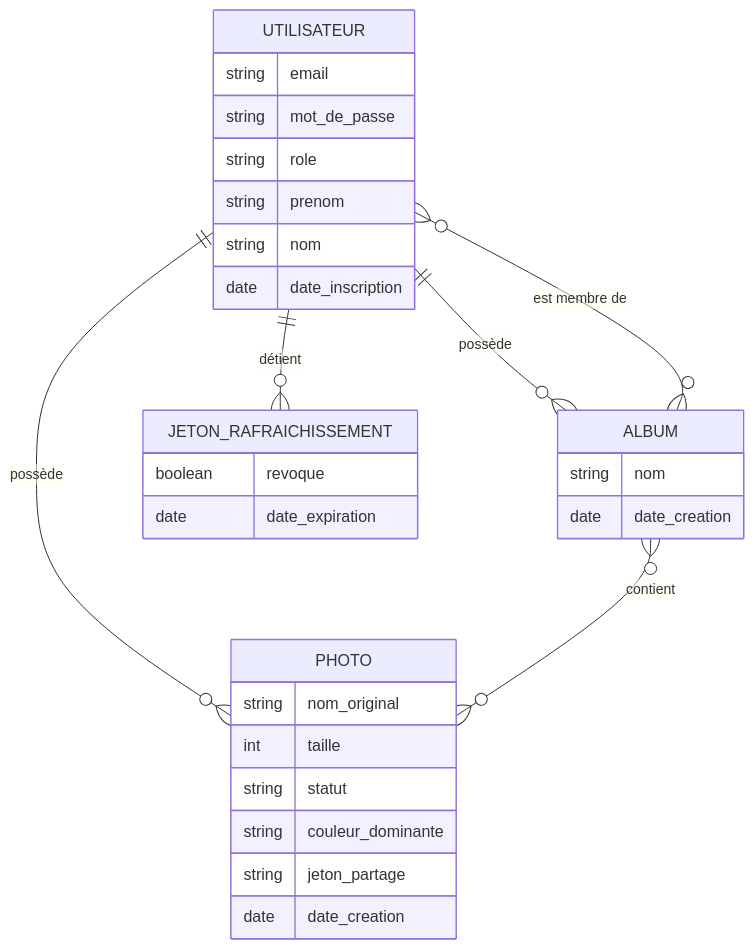
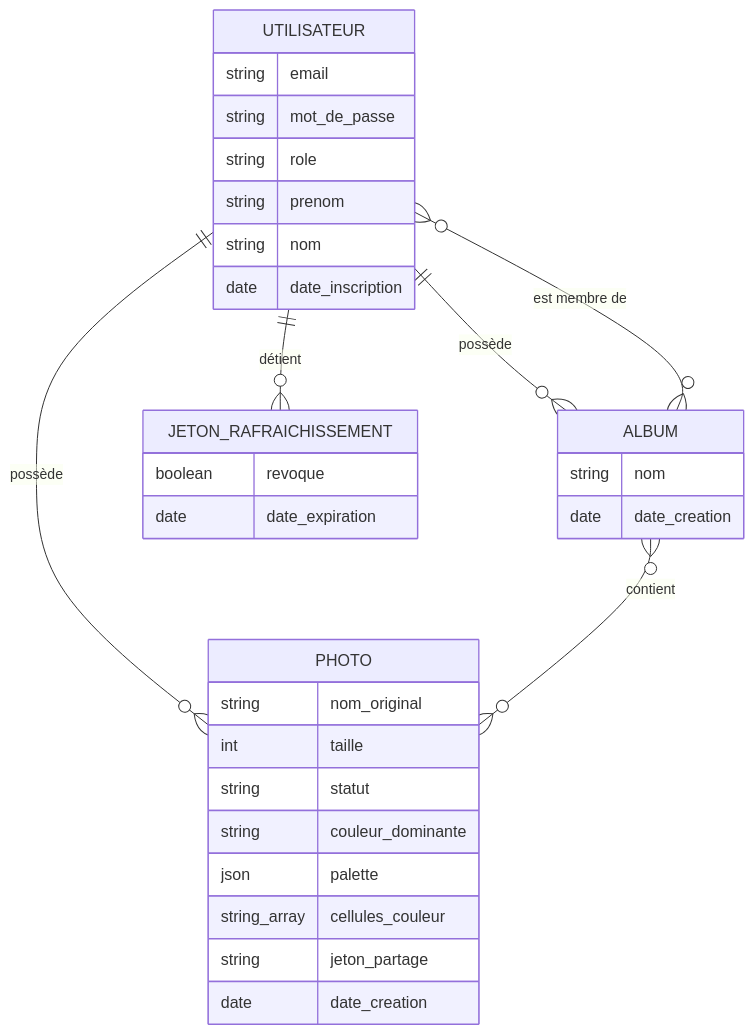
The first of 3 diagrams in docs/modelisation-donnees.md (TonyMascate/fil_rouge_plateforme), drawn with Mermaid before and after one commit. The commit also changed other lines of this file and 43 other files, not shown here.

````diff
--- a/docs/modelisation-donnees.md
+++ b/docs/modelisation-donnees.md
@@ -31,33 +31,35 @@
 ```mermaid
 erDiagram
     UTILISATEUR {
         string email
         string mot_de_passe
         string role
         string prenom
         string nom
         date date_inscription
     }
     PHOTO {
         string nom_original
         int taille
         string statut
         string couleur_dominante
+        json palette
+        string_array cellules_couleur
         string jeton_partage
         date date_creation
     }
     ALBUM {
         string nom
         date date_creation
     }
     JETON_RAFRAICHISSEMENT {
         boolean revoque
         date date_expiration
     }
 
     UTILISATEUR ||--o{ PHOTO                  : "possède"
     UTILISATEUR ||--o{ ALBUM                  : "possède"
     UTILISATEUR ||--o{ JETON_RAFRAICHISSEMENT : "détient"
     ALBUM       }o--o{ PHOTO                  : "contient"
     UTILISATEUR }o--o{ ALBUM                  : "est membre de"
 ```
````
